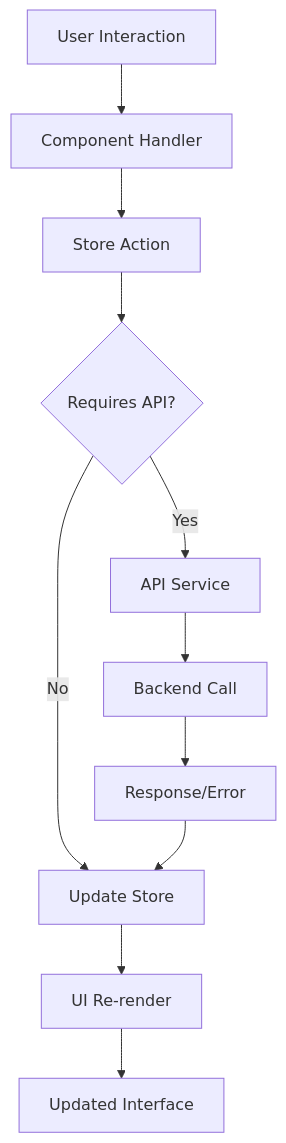
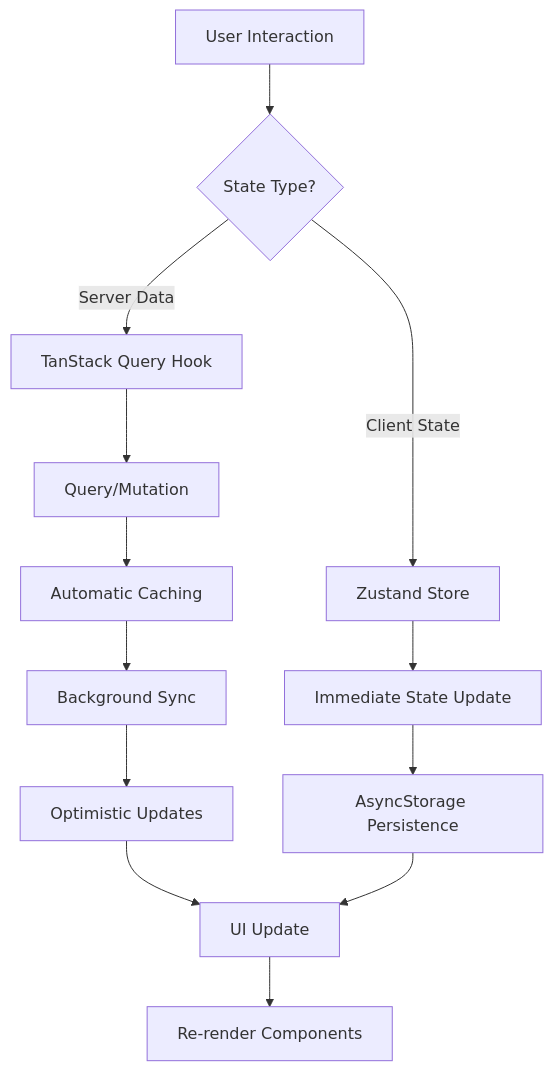
The first of 6 diagrams in docs/02-architecture.md (arthlor/Yeser), drawn with Mermaid before and after one commit. The commit also changed other lines of this file and 233 other files, not shown here.

````diff
--- a/docs/02-architecture.md
+++ b/docs/02-architecture.md
@@ -113,13 +169,18 @@
 ```mermaid
 graph TD
-    A[User Interaction] --> B[Component Handler]
-    B --> C[Store Action]
-    C --> D{Requires API?}
-    D -->|Yes| E[API Service]
-    D -->|No| F[Update Store]
-    E --> G[Backend Call]
-    G --> H[Response/Error]
-    H --> F
-    F --> I[UI Re-render]
-    I --> J[Updated Interface]
+    A[User Interaction] --> B{State Type?}
+    B -->|Server Data| C[TanStack Query Hook]
+    B -->|Client State| D[Zustand Store]
+    
+    C --> E[Query/Mutation]
+    E --> F[Automatic Caching]
+    F --> G[Background Sync]
+    G --> H[Optimistic Updates]
+    H --> I[UI Update]
+    
+    D --> J[Immediate State Update]
+    J --> K[AsyncStorage Persistence]
+    K --> I
+    
+    I --> L[Re-render Components]
 ```
````
